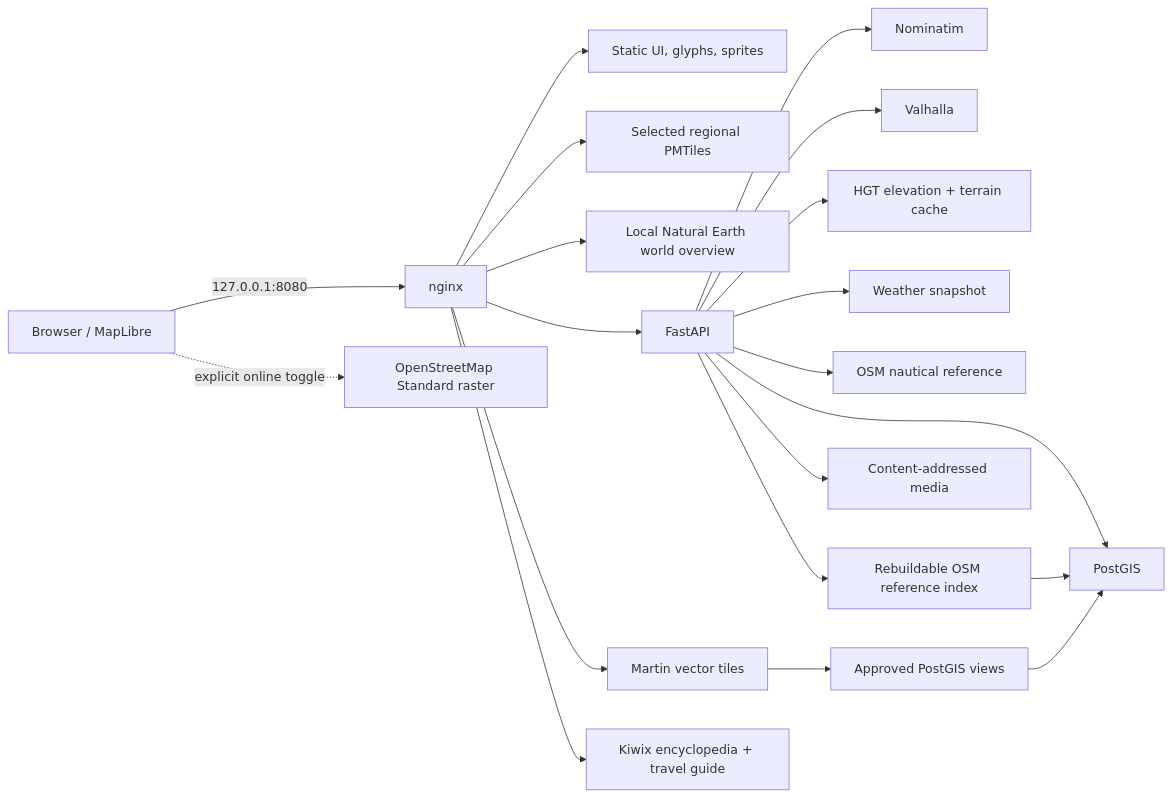
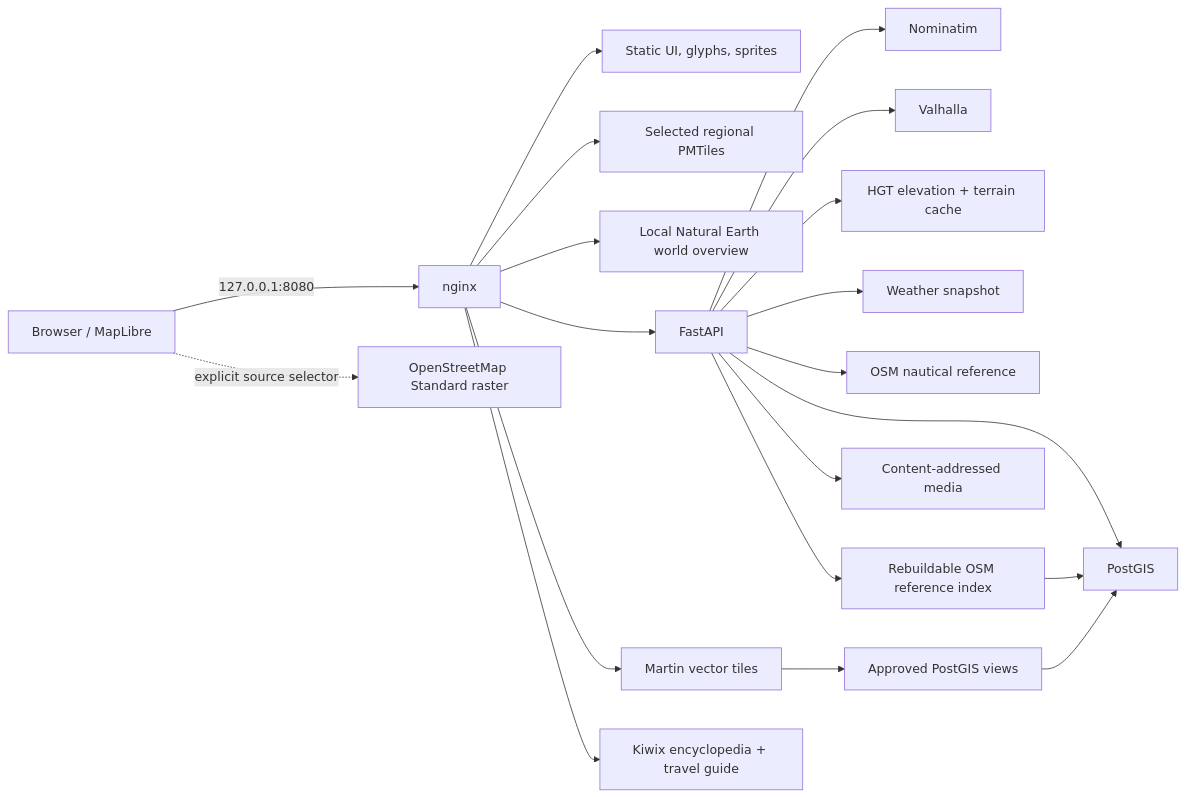
One commit to bd4rex/personal-gis changed the diagram in docs/ARCHITECTURE.md. Above: the diagram before and after it, drawn with Mermaid. The commit also changed other lines of this file and 7 other files, not shown here.

Commit message:
Improve map source controls and coverage status

````diff
--- a/docs/ARCHITECTURE.md
+++ b/docs/ARCHITECTURE.md
@@ -12,22 +12,22 @@
 ```mermaid
 flowchart LR
   Browser["Browser / MapLibre"] -->|"127.0.0.1:8080"| Nginx["nginx"]
   Nginx --> Web["Static UI, glyphs, sprites"]
   Nginx --> PM["Selected regional PMTiles"]
   Nginx --> Overview["Local Natural Earth world overview"]
-  Browser -. "explicit online toggle" .-> OSMTiles["OpenStreetMap Standard raster"]
+  Browser -. "explicit source selector" .-> OSMTiles["OpenStreetMap Standard raster"]
   Nginx --> API["FastAPI"]
   Nginx --> Martin["Martin vector tiles"]
   Nginx --> Kiwix["Kiwix encyclopedia + travel guide"]
   API --> PG["PostGIS"]
   API --> Nom["Nominatim"]
   API --> Val["Valhalla"]
   API --> HGT["HGT elevation + terrain cache"]
   API --> Weather["Weather snapshot"]
   API --> Nautical["OSM nautical reference"]
   API --> Search["Rebuildable OSM reference index"]
   Search --> PG
   API --> Media["Content-addressed media"]
   Martin --> Views["Approved PostGIS views"]
   Views --> PG
 ```
````
